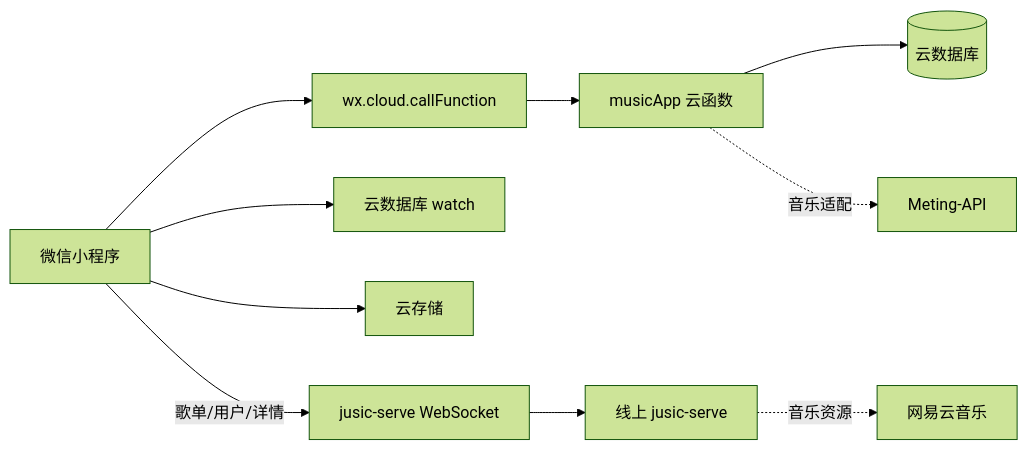
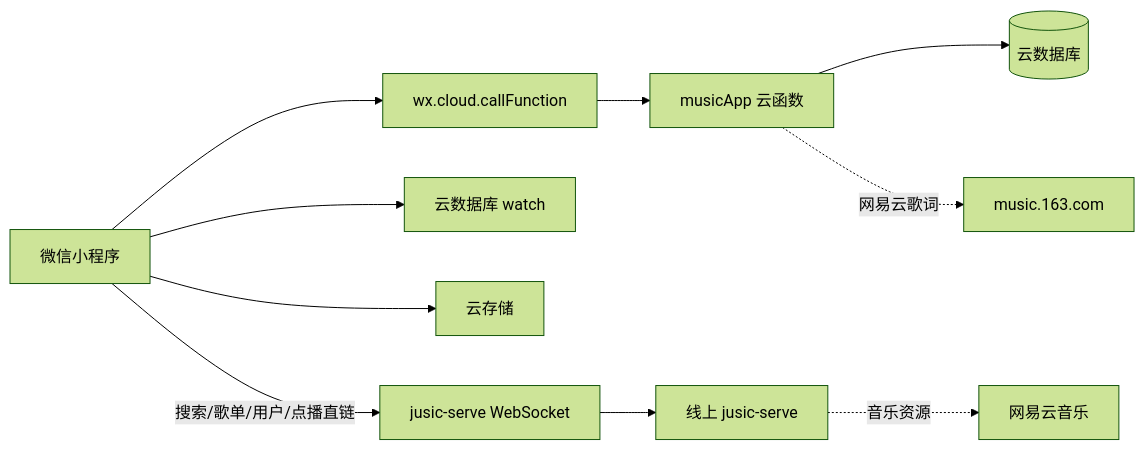
One commit to Neveryu/miniprogram-music changed the diagram in docs/cloud-development.md. Above: the diagram before and after it, drawn with Mermaid (forest theme). The commit also changed other lines of this file and 26 other files, not shown here.

Commit message:
音乐搜索与播放直链迁移至 jusic-serve WebSocket，歌词/封面改用网易云官方接口，并修复深色模式残留白块

````diff
--- a/docs/cloud-development.md
+++ b/docs/cloud-development.md
@@ -9,12 +9,12 @@
 ```mermaid
 flowchart LR
     MINI[微信小程序] --> CLOUD[wx.cloud.callFunction]
     MINI --> WATCH[云数据库 watch]
     MINI --> STORAGE[云存储]
     CLOUD --> FUNC[musicApp 云函数]
     FUNC --> DB[(云数据库)]
-    FUNC -. 音乐适配 .-> MUSIC[Meting-API]
-    MINI -->|歌单/用户/详情| WS[jusic-serve WebSocket]
+    FUNC -. 网易云歌词 .-> LYRIC[music.163.com]
+    MINI -->|搜索/歌单/用户/点播直链| WS[jusic-serve WebSocket]
     WS --> JUSIC[线上 jusic-serve]
     JUSIC -. 音乐资源 .-> NETEASE[网易云音乐]
 ```
````
